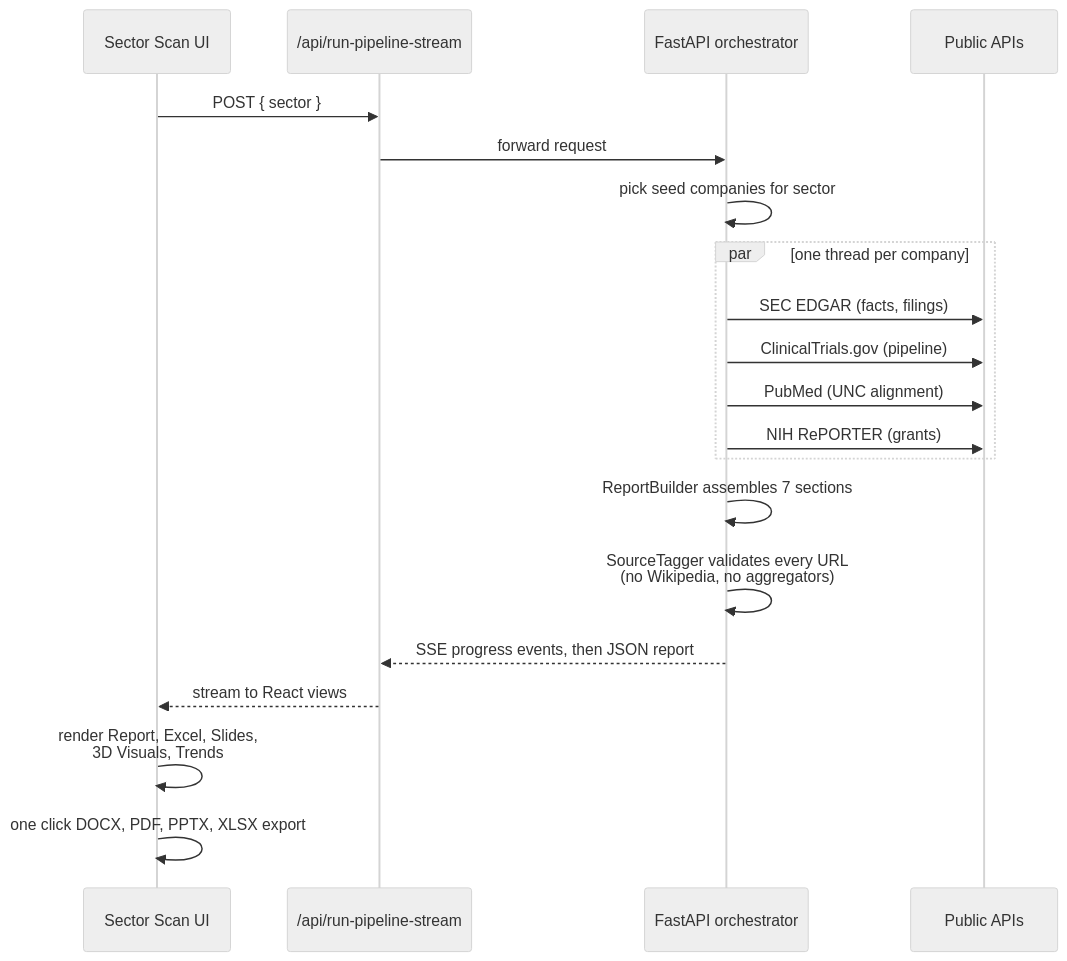
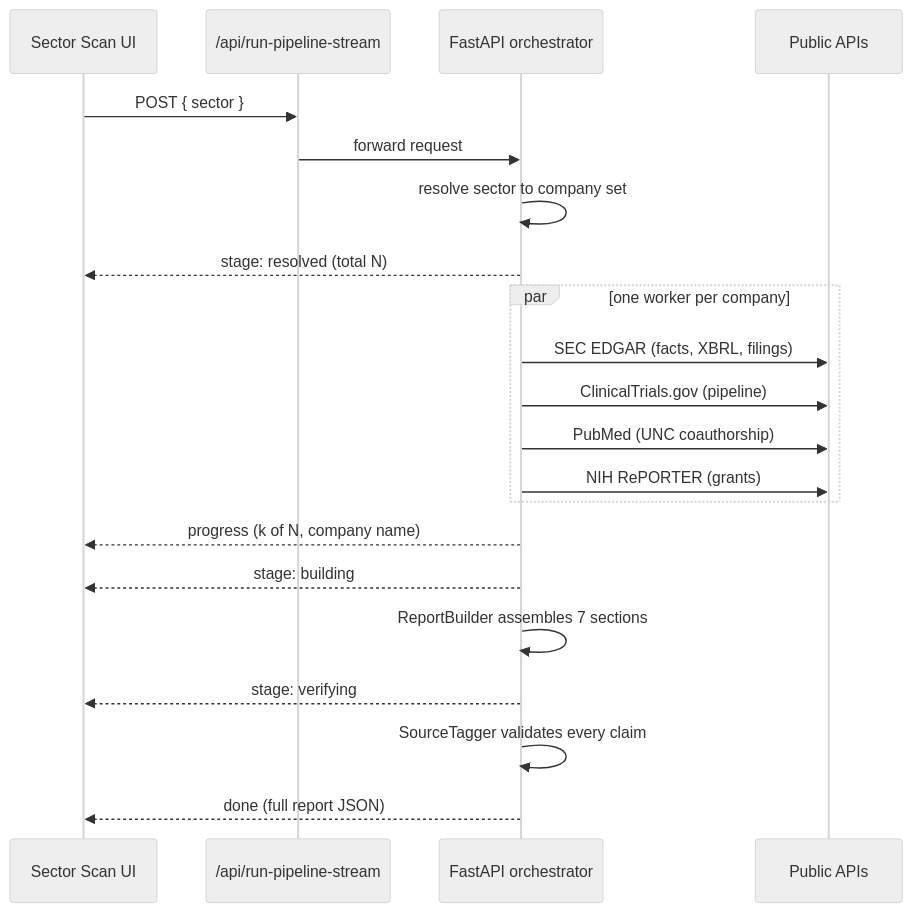
One commit to AidanColvin/map-elt-research-graph-3 changed the fifth of 6 diagrams in README.md. Above: the diagram before and after it, drawn with Mermaid (neutral theme). The commit also changed other lines of this file, not shown here.

First line of the commit message:
Expand README with full coverage of both source engines

````diff
--- a/README.md
+++ b/README.md
@@ -66,23 +202,24 @@
 ```mermaid
 sequenceDiagram
     participant UI as Sector Scan UI
     participant PX as /api/run-pipeline-stream
     participant OR as FastAPI orchestrator
     participant API as Public APIs
 
     UI->>PX: POST { sector }
     PX->>OR: forward request
-    OR->>OR: pick seed companies for sector
-    par one thread per company
-        OR->>API: SEC EDGAR (facts, filings)
+    OR->>OR: resolve sector to company set
+    OR-->>UI: stage: resolved (total N)
+    par one worker per company
+        OR->>API: SEC EDGAR (facts, XBRL, filings)
         OR->>API: ClinicalTrials.gov (pipeline)
-        OR->>API: PubMed (UNC alignment)
+        OR->>API: PubMed (UNC coauthorship)
         OR->>API: NIH RePORTER (grants)
     end
+    OR-->>UI: progress (k of N, company name)
+    OR-->>UI: stage: building
     OR->>OR: ReportBuilder assembles 7 sections
-    OR->>OR: SourceTagger validates every URL<br/>(no Wikipedia, no aggregators)
-    OR-->>PX: SSE progress events, then JSON report
-    PX-->>UI: stream to React views
-    UI->>UI: render Report, Excel, Slides,<br/>3D Visuals, Trends
-    UI->>UI: one click DOCX, PDF, PPTX, XLSX export
+    OR-->>UI: stage: verifying
+    OR->>OR: SourceTagger validates every claim
+    OR-->>UI: done (full report JSON)
 ```
````
